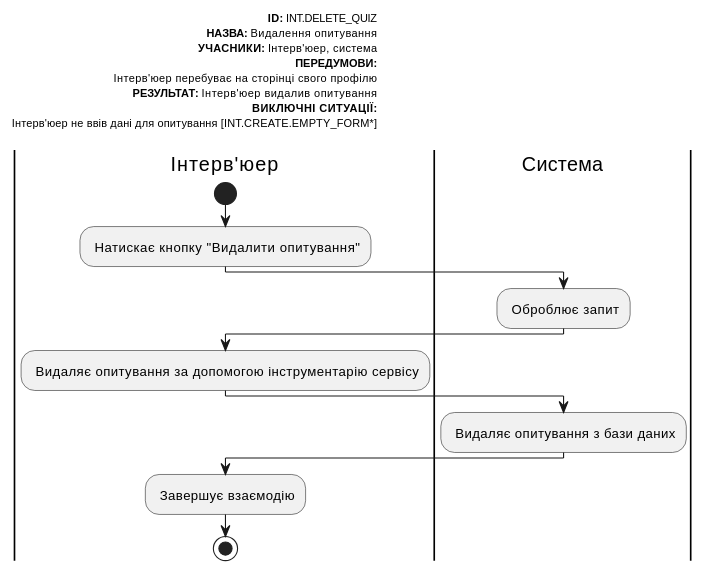
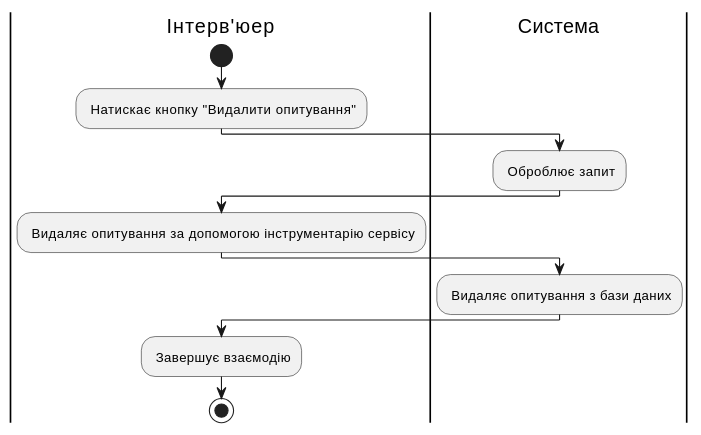
The ninth of 22 diagrams in docs/use cases/README.md (michigang1/ImForms), drawn with PlantUML before and after one commit. The commit also changed other lines of this file, not shown here.

```diff
--- a/docs/use cases/README.md
+++ b/docs/use cases/README.md
@@ -292,30 +311,19 @@
 @startuml
-left header
-<font color=000 size=10><b>ID:</b> INT.DELETE_QUIZ
-<font color=000 size=10><b>НАЗВА:</b> Видалення опитування  
-<font color=000 size=10><b>УЧАСНИКИ:</b> Інтерв'юер, система
-<font color=000 size=10><b>ПЕРЕДУМОВИ:</b>
-<font color=000 size=10> Інтерв'юер перебуває на сторінці свого профілю
-<font color=000 size=10><b>РЕЗУЛЬТАТ:</b> Інтерв'юер видалив опитування
-<font color=000 size=10><b>ВИКЛЮЧНІ СИТУАЦІЇ:</b>
-<font color=000 size=10> Інтерв'юер не ввів дані для опитування [INT.CREATE.EMPTY_FORM*]
-
-end header
 
 |Інтерв'юер|
 start
 : Натискає кнопку "Видалити опитування";
 
 |Система|
 : Оброблює запит;
 
 |Інтерв'юер|
 : Видаляє опитування за допомогою інструментарію сервісу;
 
 |Система|
 : Видаляє опитування з бази даних;
 
 |Інтерв'юер|
 : Завершує взаємодію;
 stop;
 @enduml
```
